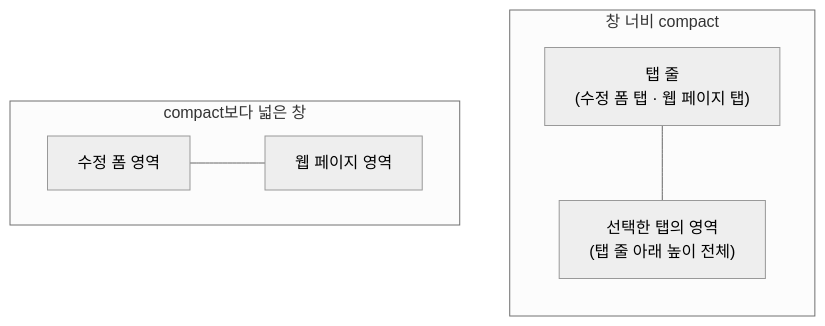
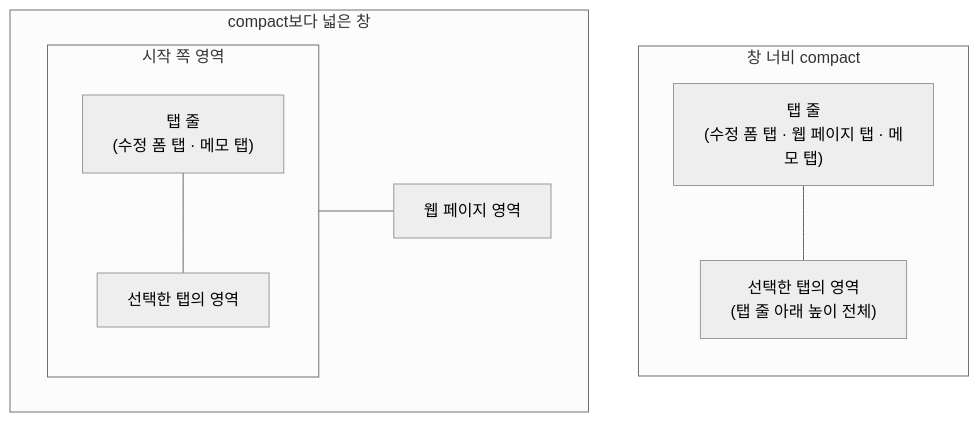
Before and after one commit to taetae98coding/DiaryKMP: the first of 2 diagrams in docs/design/web-detail.md, drawn with Mermaid (neutral theme). The commit also changed other lines of this file and 35 other files, not shown here.

````diff
--- a/docs/design/web-detail.md
+++ b/docs/design/web-detail.md
@@ -19,16 +21,21 @@
 ```mermaid
 flowchart TD
     subgraph compact["창 너비 compact"]
         direction TB
-        c0["탭 줄<br/>(수정 폼 탭 · 웹 페이지 탭)"]
+        c0["탭 줄<br/>(수정 폼 탭 · 웹 페이지 탭 · 메모 탭)"]
         c1["선택한 탭의 영역<br/>(탭 줄 아래 높이 전체)"]
         c0 --- c1
     end
 
     subgraph wide["compact보다 넓은 창"]
         direction LR
-        w1["수정 폼 영역"]
+        subgraph start["시작 쪽 영역"]
+            direction TB
+            w0["탭 줄<br/>(수정 폼 탭 · 메모 탭)"]
+            w1["선택한 탭의 영역"]
+            w0 --- w1
+        end
         w2["웹 페이지 영역"]
-        w1 --- w2
+        start --- w2
     end
 ```
````
